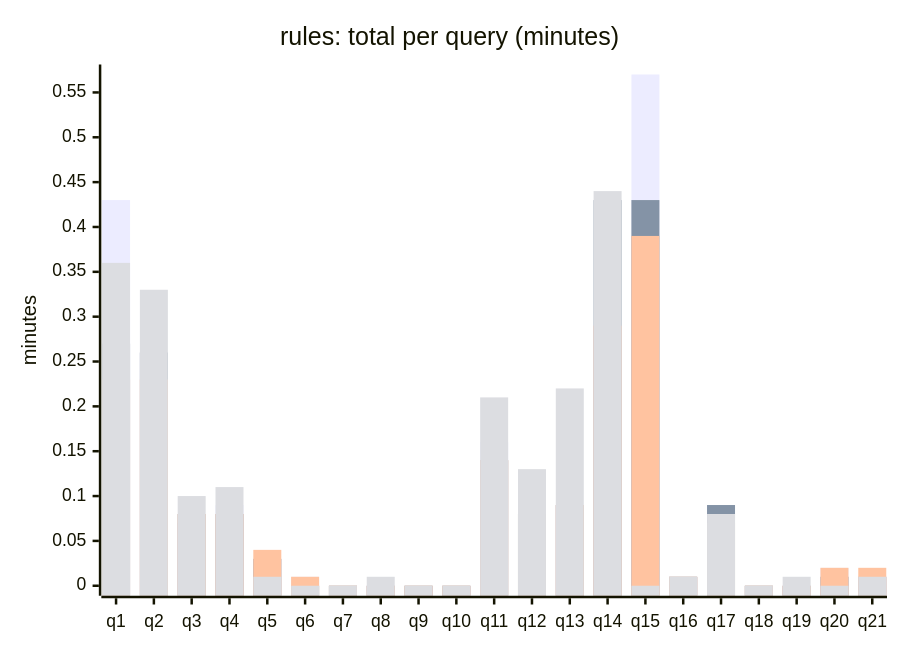
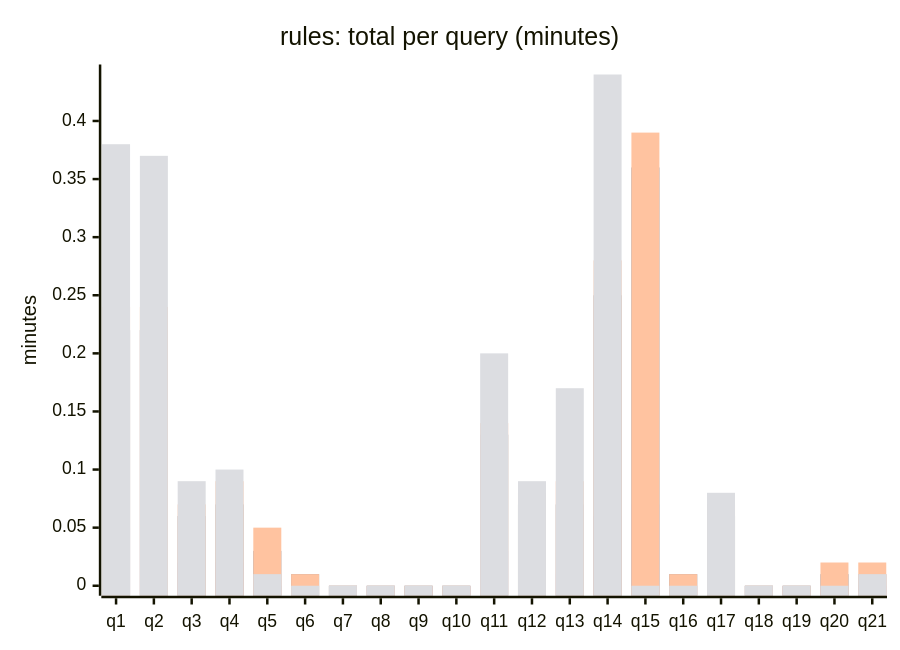
One commit to KleiKodesh/SeforimLibrarySearchEngine changed diagram 11 of 11 in FTS-SPECS-AND-COMPARISONS.md. Above: the diagram before and after it, drawn with Mermaid. The commit also changed other lines of this file and 35 other files, not shown here.

````diff
--- a/FTS-SPECS-AND-COMPARISONS.md
+++ b/FTS-SPECS-AND-COMPARISONS.md
@@ -539,10 +533,10 @@
 ```mermaid
 xychart-beta
     title "rules: total per query (minutes)"
     x-axis ["q1", "q2", "q3", "q4", "q5", "q6", "q7", "q8", "q9", "q10", "q11", "q12", "q13", "q14", "q15", "q16", "q17", "q18", "q19", "q20", "q21"]
     y-axis "minutes"
-    bar [0.43, 0.26, 0.07, 0.09, 0.03, 0.01, 0.00, 0.00, 0.00, 0.00, 0.16, 0.07, 0.09, 0.29, 0.57, 0.01, 0.08, 0.00, 0.00, 0.02, 0.01]
-    bar [0.27, 0.26, 0.08, 0.08, 0.03, 0.00, 0.00, 0.00, 0.00, 0.00, 0.14, 0.08, 0.09, 0.43, 0.43, 0.01, 0.09, 0.00, 0.00, 0.01, 0.01]
-    bar [0.23, 0.23, 0.08, 0.08, 0.04, 0.01, 0.00, 0.00, 0.00, 0.00, 0.14, 0.08, 0.09, 0.29, 0.39, 0.01, 0.07, 0.00, 0.00, 0.02, 0.02]
-    bar [0.36, 0.33, 0.10, 0.11, 0.01, 0.00, 0.00, 0.01, 0.00, 0.00, 0.21, 0.13, 0.22, 0.44, 0.00, 0.01, 0.08, 0.00, 0.01, 0.00, 0.01]
+    bar [0.05, 0.04, 0.02, 0.02, 0.00, 0.00, 0.00, 0.00, 0.00, 0.00, 0.03, 0.01, 0.01, 0.06, 0.07, 0.00, 0.02, 0.00, 0.00, 0.00, 0.00]
+    bar [0.22, 0.22, 0.06, 0.07, 0.03, 0.01, 0.00, 0.00, 0.00, 0.00, 0.13, 0.07, 0.07, 0.25, 0.36, 0.01, 0.06, 0.00, 0.00, 0.01, 0.01]
+    bar [0.24, 0.24, 0.07, 0.09, 0.05, 0.01, 0.00, 0.00, 0.00, 0.00, 0.14, 0.08, 0.09, 0.28, 0.39, 0.01, 0.07, 0.00, 0.00, 0.02, 0.02]
+    bar [0.38, 0.37, 0.09, 0.10, 0.01, 0.00, 0.00, 0.00, 0.00, 0.00, 0.20, 0.09, 0.17, 0.44, 0.00, 0.00, 0.08, 0.00, 0.00, 0.00, 0.01]
 ```
````
